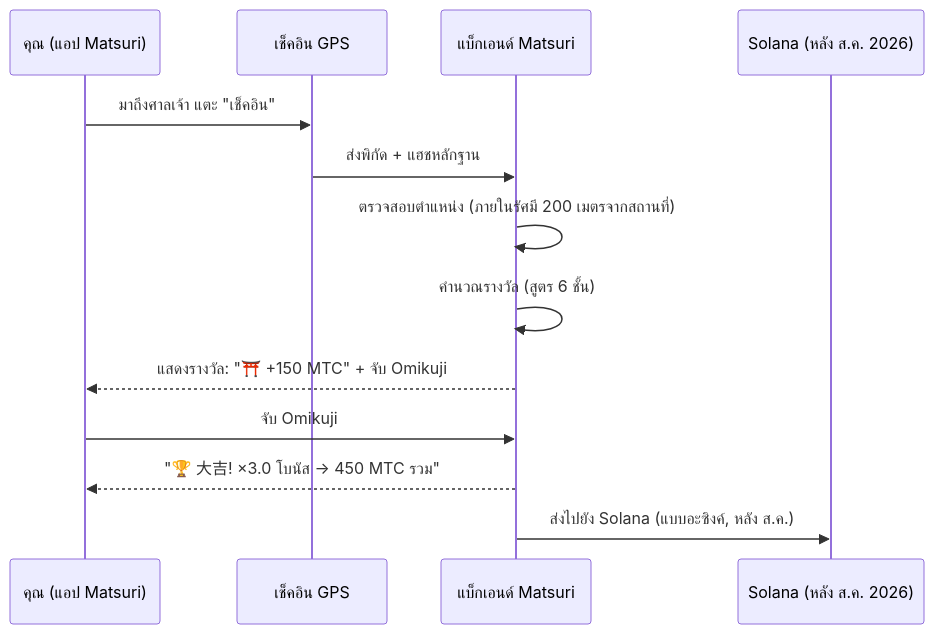
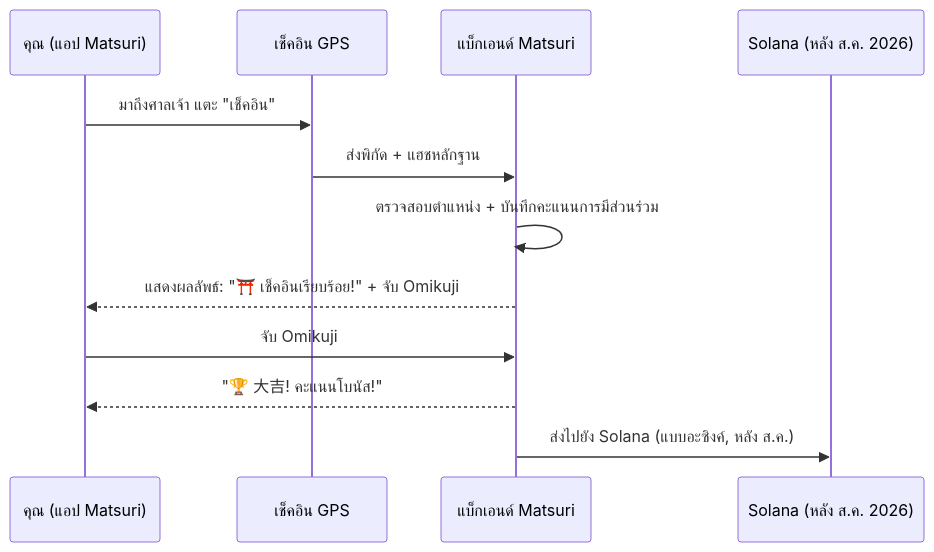
One commit to Cootakahashi/matsuri-dao-whitepaper changed the second of 3 diagrams in i18n/th/docusaurus-plugin-content-docs/current/04b-how-to-earn.md. Above: the diagram before and after it, drawn with Mermaid. The commit also changed other lines of this file and 51 other files, not shown here.

````diff
--- a/i18n/th/docusaurus-plugin-content-docs/current/04b-how-to-earn.md
+++ b/i18n/th/docusaurus-plugin-content-docs/current/04b-how-to-earn.md
@@ -76,16 +76,15 @@
 ```mermaid
 sequenceDiagram
     participant U as คุณ (แอป Matsuri)
     participant GPS as เช็คอิน GPS
     participant API as แบ็กเอนด์ Matsuri
     participant SC as Solana (หลัง ส.ค. 2026)
 
     U->>GPS: มาถึงศาลเจ้า แตะ "เช็คอิน"
     GPS->>API: ส่งพิกัด + แฮชหลักฐาน
-    API->>API: ตรวจสอบตำแหน่ง (ภายในรัศมี 200 เมตรจากสถานที่)
-    API->>API: คำนวณรางวัล (สูตร 6 ชั้น)
-    API-->>U: แสดงรางวัล: "⛩️ +150 MTC" + จับ Omikuji
+    API->>API: ตรวจสอบตำแหน่ง + บันทึกคะแนนการมีส่วนร่วม
+    API-->>U: แสดงผลลัพธ์: "⛩️ เช็คอินเรียบร้อย!" + จับ Omikuji
     U->>API: จับ Omikuji
-    API-->>U: "🏆 大吉! ×3.0 โบนัส → 450 MTC รวม"
+    API-->>U: "🏆 大吉! คะแนนโบนัส!"
     API->>SC: ส่งไปยัง Solana (แบบอะซิงค์, หลัง ส.ค.)
 ```
````
